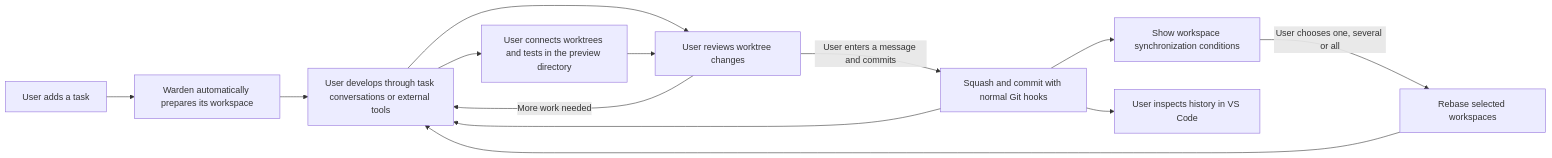
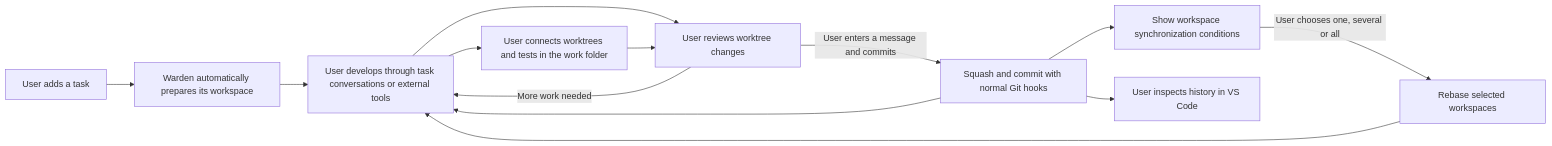
One commit to xbghc/warden changed the diagram in docs/workflow.md. Above: the diagram before and after it, drawn with Mermaid. The commit also changed other lines of this file and 40 other files, not shown here.

````diff
--- a/docs/workflow.md
+++ b/docs/workflow.md
@@ -214,15 +235,15 @@
 ```mermaid
 flowchart LR
   P[User adds a task] --> W[Warden automatically prepares its workspace]
   W --> E[User develops through task conversations or external tools]
-  E --> V[User connects worktrees and tests in the preview directory]
+  E --> V[User connects worktrees and tests in the work folder]
   E --> R[User reviews worktree changes]
   V --> R[User reviews worktree changes]
   R -->|More work needed| E
   R -->|User enters a message and commits| C[Squash and commit with normal Git hooks]
   C --> E
   C --> N[Show workspace synchronization conditions]
   N -->|User chooses one, several or all| B[Rebase selected workspaces]
   B --> E
   C --> H[User inspects history in VS Code]
 ```
````
